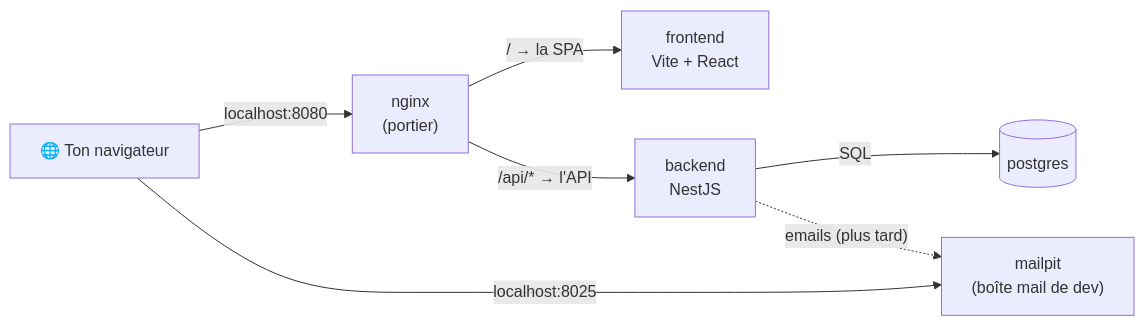
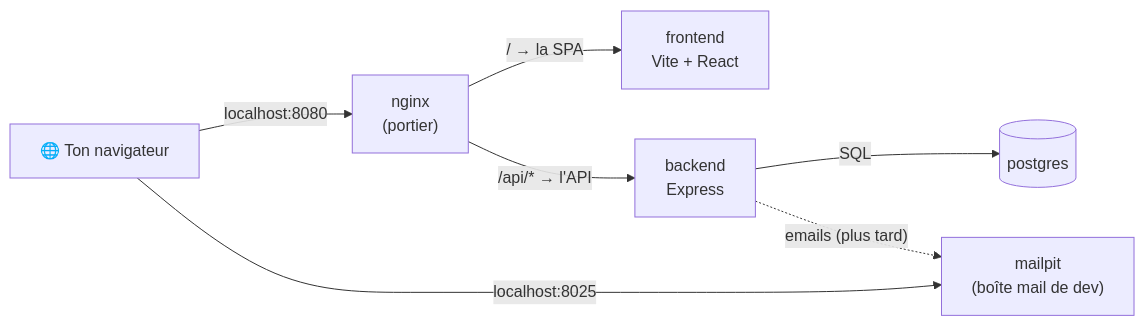
The first of 4 diagrams in docs/docker.md (ft-Monolith/Matcha), drawn with Mermaid before and after one commit. The commit also changed other lines of this file and 53 other files, not shown here.

````diff
--- a/docs/docker.md
+++ b/docs/docker.md
@@ -27,9 +34,9 @@
 ```mermaid
 flowchart LR
     B["🌐 Ton navigateur"] -->|"localhost:8080"| N["nginx<br>(portier)"]
     B -->|"localhost:8025"| M["mailpit<br>(boîte mail de dev)"]
     N -->|"/  → la SPA"| F["frontend<br>Vite + React"]
-    N -->|"/api/* → l'API"| BE["backend<br>NestJS"]
+    N -->|"/api/* → l'API"| BE["backend<br>Express"]
     BE -->|"SQL"| P[("postgres")]
     BE -.->|"emails (plus tard)"| M
 ```
````
